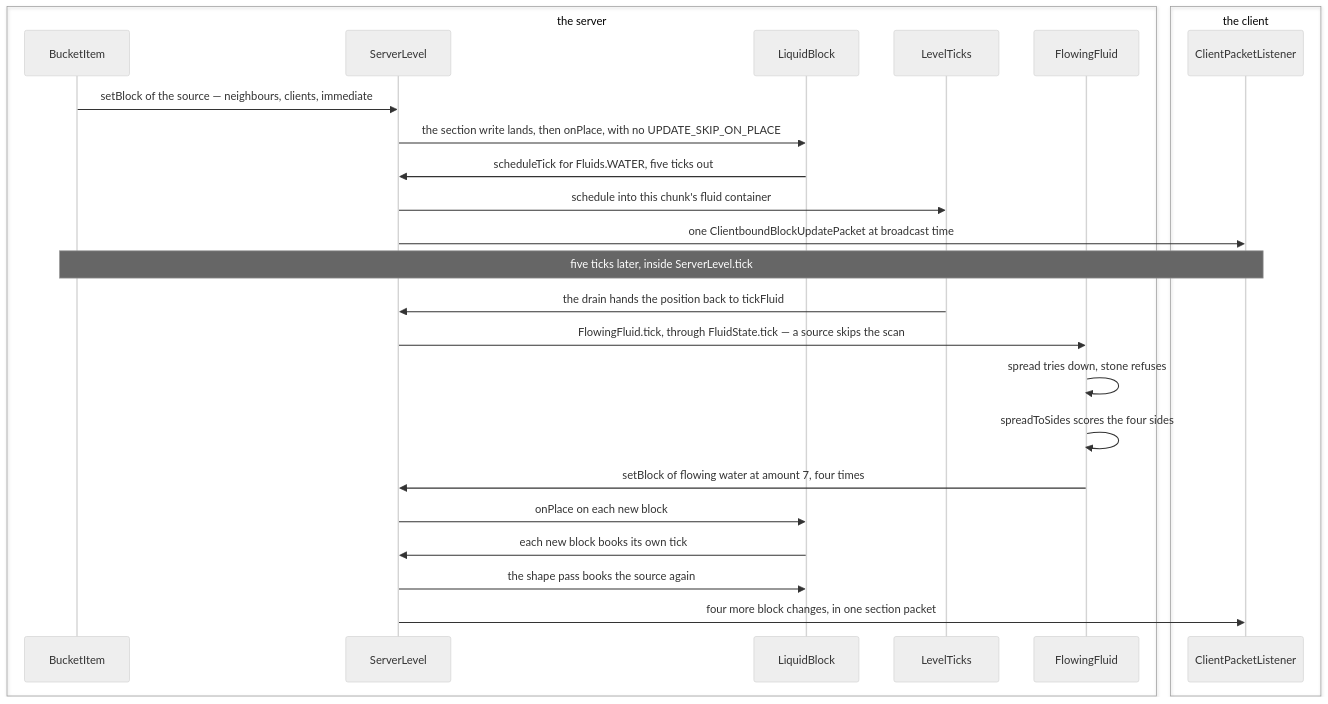
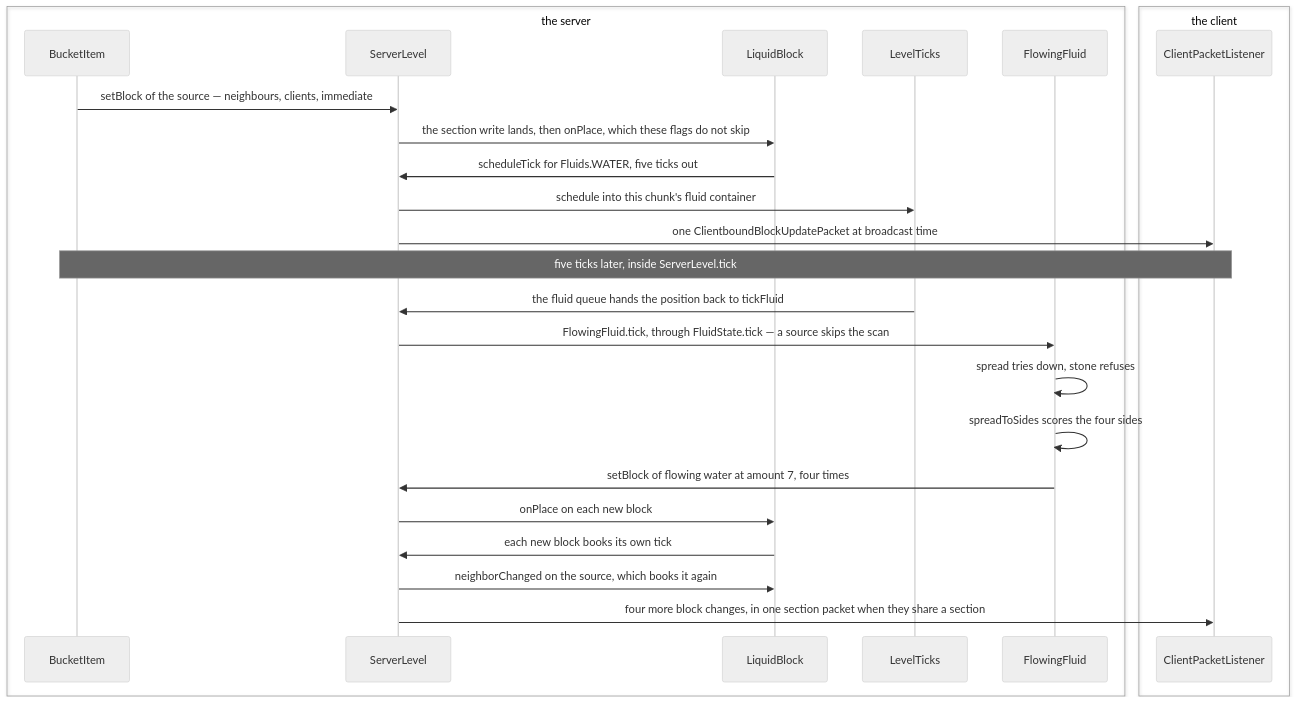
Before and after one commit to AlexanderjFraser/MinecraftDocs: the first of 3 diagrams in src/systems/world/fluids.md, drawn with Mermaid (neutral theme). The commit also changed other lines of this file and 20 other files, not shown here.

````diff
--- a/src/systems/world/fluids.md
+++ b/src/systems/world/fluids.md
@@ -114,29 +115,29 @@
 ```mermaid
 sequenceDiagram
     box transparent the server
         participant BI as BucketItem
         participant SL as ServerLevel
         participant LB as LiquidBlock
         participant LTs as LevelTicks
         participant FF as FlowingFluid
     end
     box transparent the client
         participant CPL as ClientPacketListener
     end
 
     BI->>SL: setBlock of the source — neighbours, clients, immediate
-    SL->>LB: the section write lands, then onPlace, with no UPDATE_SKIP_ON_PLACE
+    SL->>LB: the section write lands, then onPlace, which these flags do not skip
     LB->>SL: scheduleTick for Fluids.WATER, five ticks out
     SL->>LTs: schedule into this chunk's fluid container
     SL->>CPL: one ClientboundBlockUpdatePacket at broadcast time
     Note over BI,CPL: five ticks later, inside ServerLevel.tick
-    LTs->>SL: the drain hands the position back to tickFluid
+    LTs->>SL: the fluid queue hands the position back to tickFluid
     SL->>FF: FlowingFluid.tick, through FluidState.tick — a source skips the scan
     FF->>FF: spread tries down, stone refuses
     FF->>FF: spreadToSides scores the four sides
     FF->>SL: setBlock of flowing water at amount 7, four times
     SL->>LB: onPlace on each new block
     LB->>SL: each new block books its own tick
-    SL->>LB: the shape pass books the source again
-    SL->>CPL: four more block changes, in one section packet
+    SL->>LB: neighborChanged on the source, which books it again
+    SL->>CPL: four more block changes, in one section packet when they share a section
 ```
````
